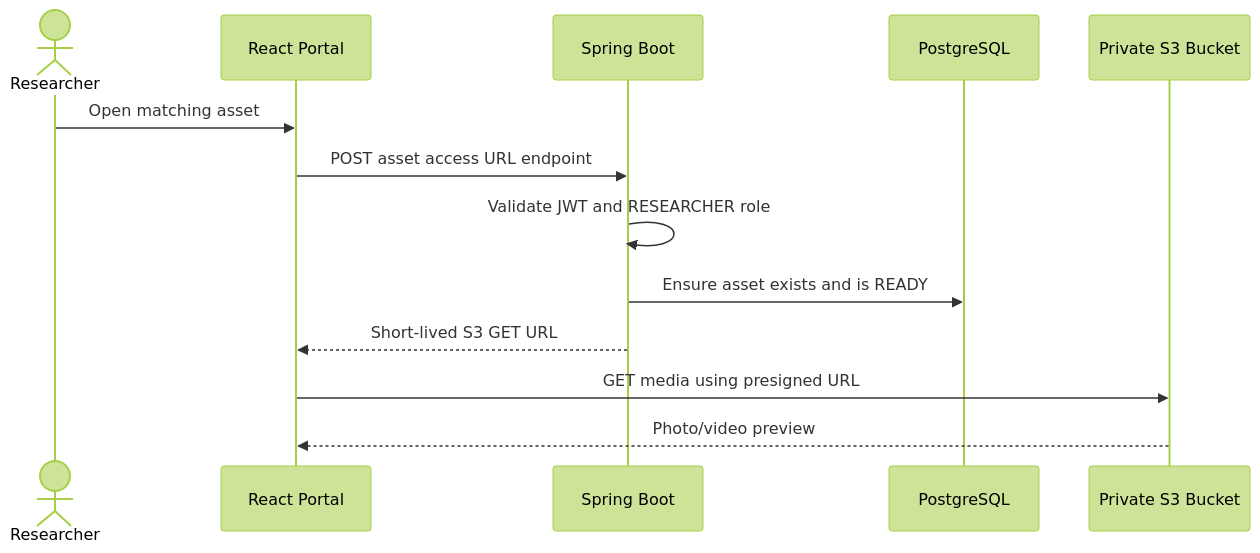
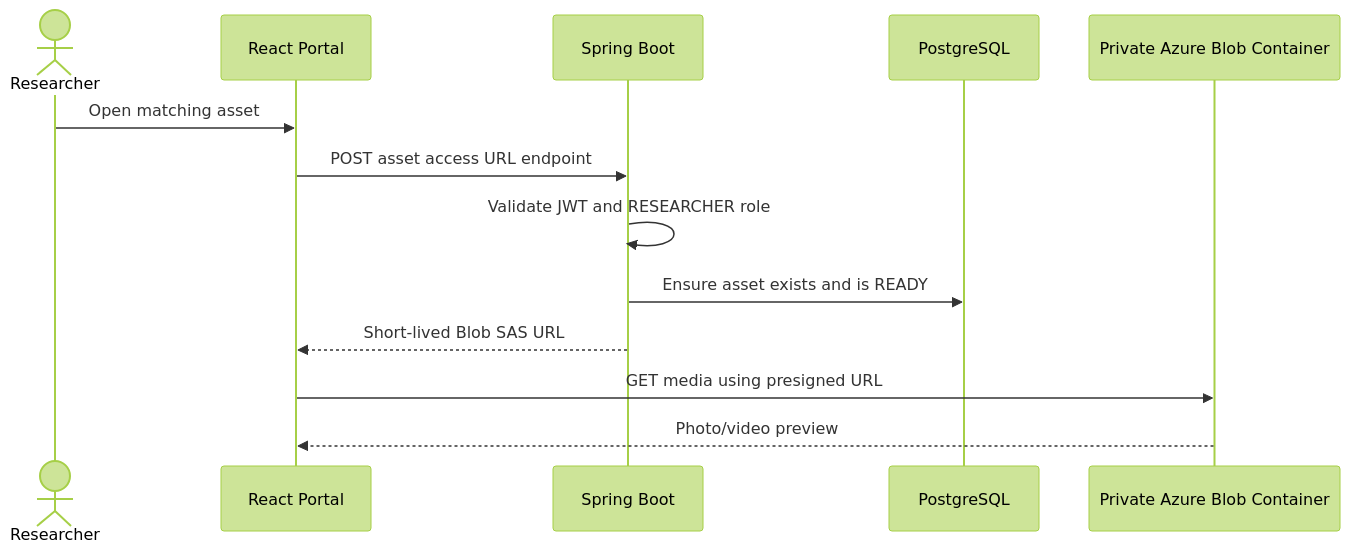
The sixth of 6 diagrams in README.md (sagarparker/CMPE_272_PROJECT), drawn with Mermaid (forest theme) before and after one commit. The commit also changed other lines of this file and 152 other files, not shown here.

````diff
--- a/README.md
+++ b/README.md
@@ -154,15 +205,15 @@
 ```mermaid
 sequenceDiagram
     actor Researcher
     participant UI as React Portal
     participant API as Spring Boot
     participant DB as PostgreSQL
-    participant S3 as Private S3 Bucket
+    participant BLOB as Private Azure Blob Container
     Researcher->>UI: Open matching asset
     UI->>API: POST asset access URL endpoint
     API->>API: Validate JWT and RESEARCHER role
     API->>DB: Ensure asset exists and is READY
-    API-->>UI: Short-lived S3 GET URL
-    UI->>S3: GET media using presigned URL
-    S3-->>UI: Photo/video preview
+    API-->>UI: Short-lived Blob SAS URL
+    UI->>BLOB: GET media using presigned URL
+    BLOB-->>UI: Photo/video preview
 ```
````
